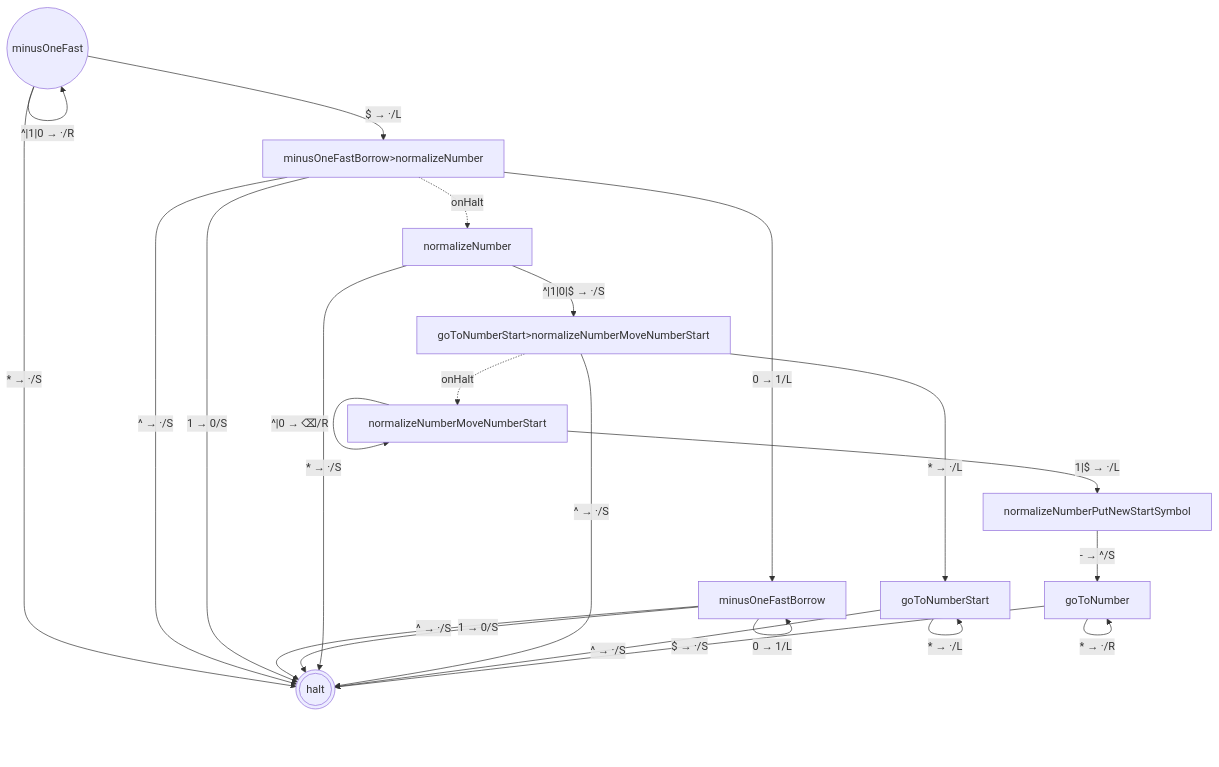
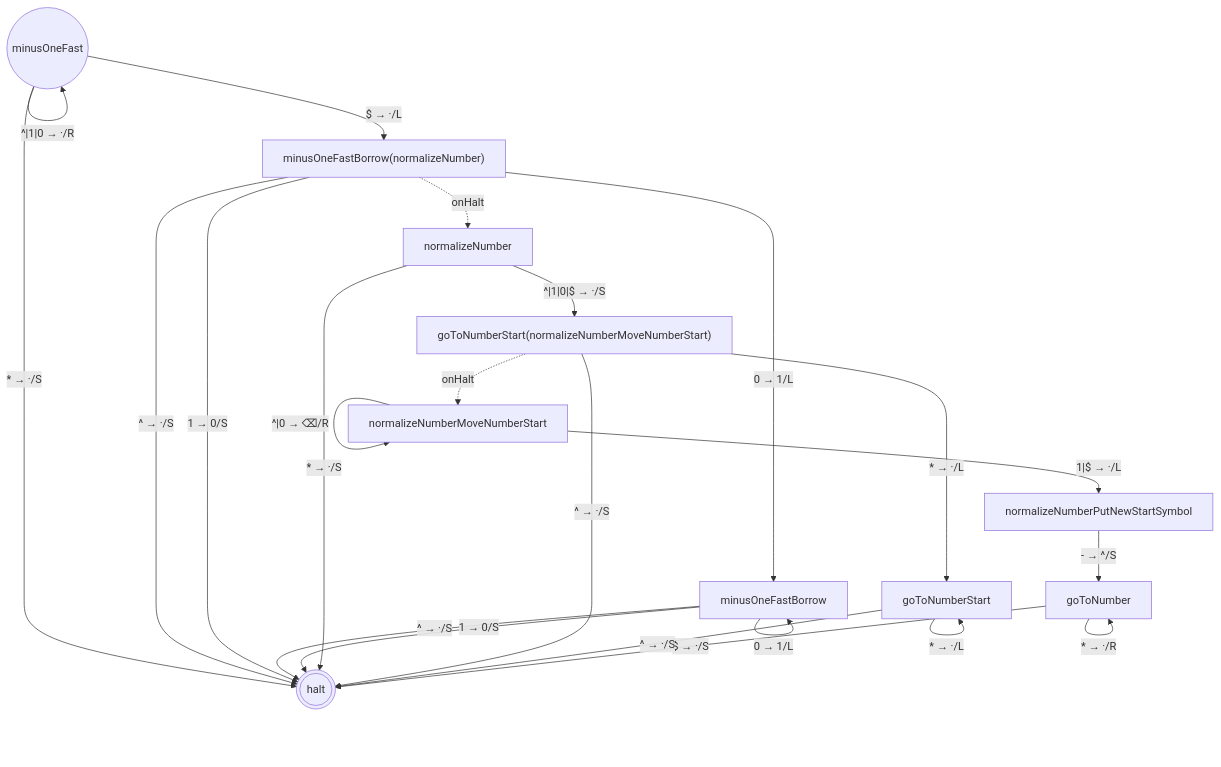
Before and after one commit to mellonis/turing-machine-js: the tenth of 10 diagrams in packages/library-binary-numbers/states.md, drawn with Mermaid. The commit also changed other lines of this file and 6 other files, not shown here.

````diff
--- a/packages/library-binary-numbers/states.md
+++ b/packages/library-binary-numbers/states.md
@@ -231,36 +231,36 @@
 ```mermaid
 flowchart TD
 %% alphabets: [[" ","^","$","0","1"]]
   s0(((halt)))
   s1["goToNumber"]
   s5["goToNumberStart"]
   s12["normalizeNumberPutNewStartSymbol"]
   s13["normalizeNumberMoveNumberStart"]
-  s14["goToNumberStart>normalizeNumberMoveNumberStart"]
+  s14["goToNumberStart(normalizeNumberMoveNumberStart)"]
   s15["normalizeNumber"]
   s24["minusOneFastBorrow"]
-  s25["minusOneFastBorrow>normalizeNumber"]
+  s25["minusOneFastBorrow(normalizeNumber)"]
   s26(("minusOneFast"))
   s1 -- "$ → ·/S" --> s0
   s1 -- "* → ·/R" --> s1
   s5 -- "^ → ·/S" --> s0
   s5 -- "* → ·/L" --> s5
   s12 -- "- → ^/S" --> s1
   s13 -- "^|0 → ⌫/R" --> s13
   s13 -- "1|$ → ·/L" --> s12
   s14 -- "^ → ·/S" --> s0
   s14 -- "* → ·/L" --> s5
   s14 -. onHalt .-> s13
   s15 -- "^|1|0|$ → ·/S" --> s14
   s15 -- "* → ·/S" --> s0
   s24 -- "1 → 0/S" --> s0
   s24 -- "0 → 1/L" --> s24
   s24 -- "^ → ·/S" --> s0
   s25 -- "1 → 0/S" --> s0
   s25 -- "0 → 1/L" --> s24
   s25 -- "^ → ·/S" --> s0
   s25 -. onHalt .-> s15
   s26 -- "^|1|0 → ·/R" --> s26
   s26 -- "$ → ·/L" --> s25
   s26 -- "* → ·/S" --> s0
 ```
````
